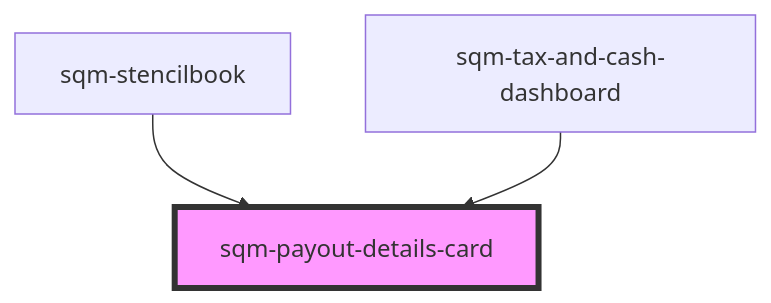
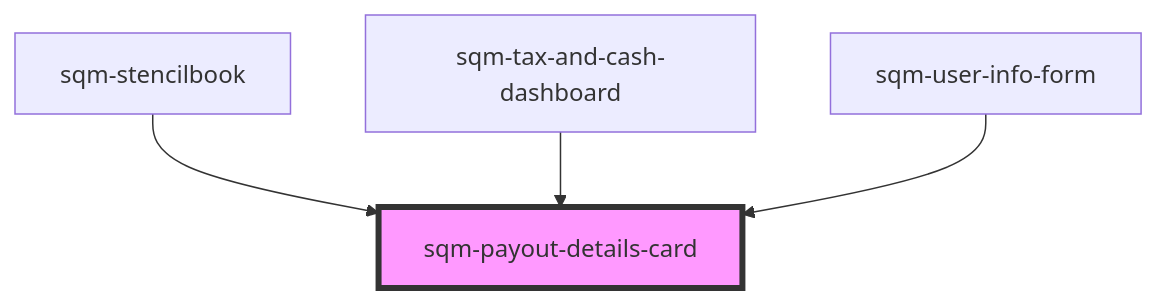
Before and after one commit to saasquatch/program-tools: the diagram in packages/mint-components/src/components/tax-and-cash/sqm-payout-details-card/readme.md, drawn with Mermaid. The commit also changed other lines of this file and 4 other files, not shown here.

````diff
--- a/packages/mint-components/src/components/tax-and-cash/sqm-payout-details-card/readme.md
+++ b/packages/mint-components/src/components/tax-and-cash/sqm-payout-details-card/readme.md
@@ -28,6 +29,7 @@
 ```mermaid
 graph TD;
   sqm-stencilbook --> sqm-payout-details-card
   sqm-tax-and-cash-dashboard --> sqm-payout-details-card
+  sqm-user-info-form --> sqm-payout-details-card
   style sqm-payout-details-card fill:#f9f,stroke:#333,stroke-width:4px
 ```
````
